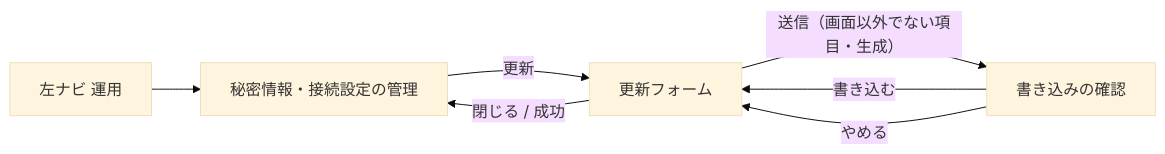
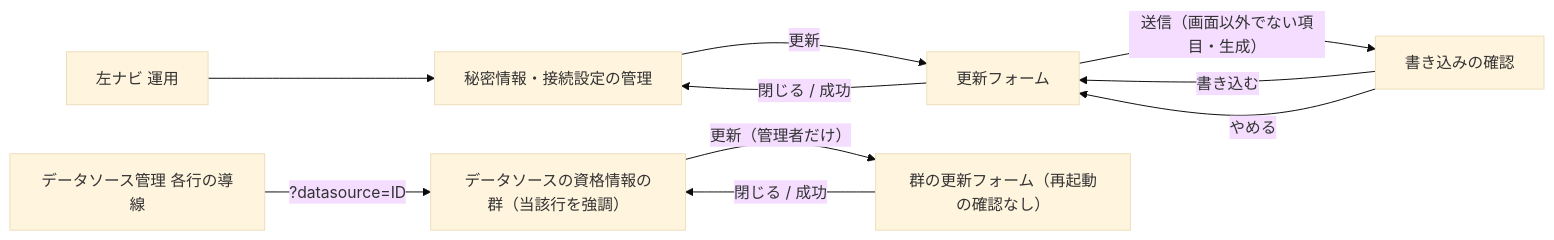
Before and after one commit to endazon/microservices-platform: the diagram in docs/screens/SC-22_secret-item-management.md, drawn with Mermaid (base theme). The commit also changed other lines of this file and 63 other files, not shown here.

````diff
--- a/docs/screens/SC-22_secret-item-management.md
+++ b/docs/screens/SC-22_secret-item-management.md
@@ -173,9 +201,12 @@
 ```mermaid
 flowchart LR
   N[左ナビ 運用] --> S[秘密情報・接続設定の管理]
   S -->|更新| F[更新フォーム]
   F -->|閉じる / 成功| S
   F -->|送信（画面以外でない項目・生成）| C[書き込みの確認]
   C -->|書き込む| F
   C -->|やめる| F
+  D[データソース管理 各行の導線] -->|?datasource=ID| G[データソースの資格情報の群（当該行を強調）]
+  G -->|更新（管理者だけ）| H[群の更新フォーム（再起動の確認なし）]
+  H -->|閉じる / 成功| G
 ```
````
